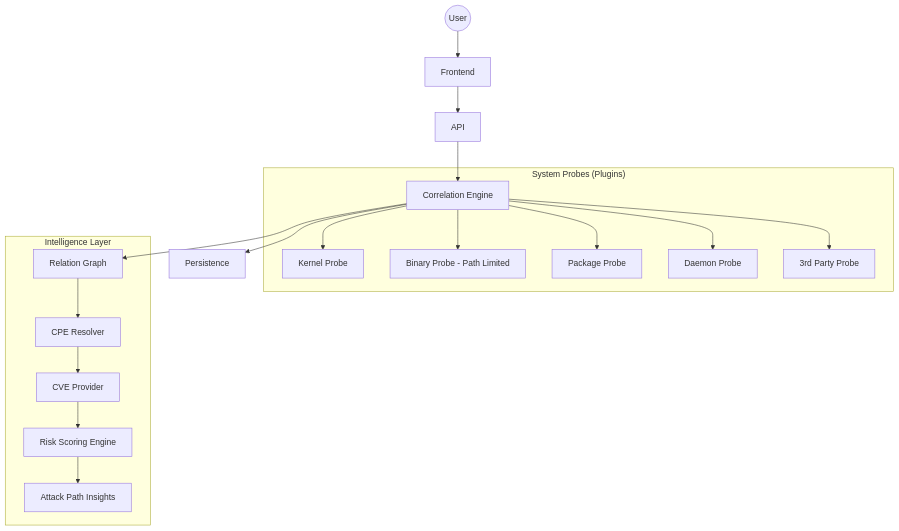
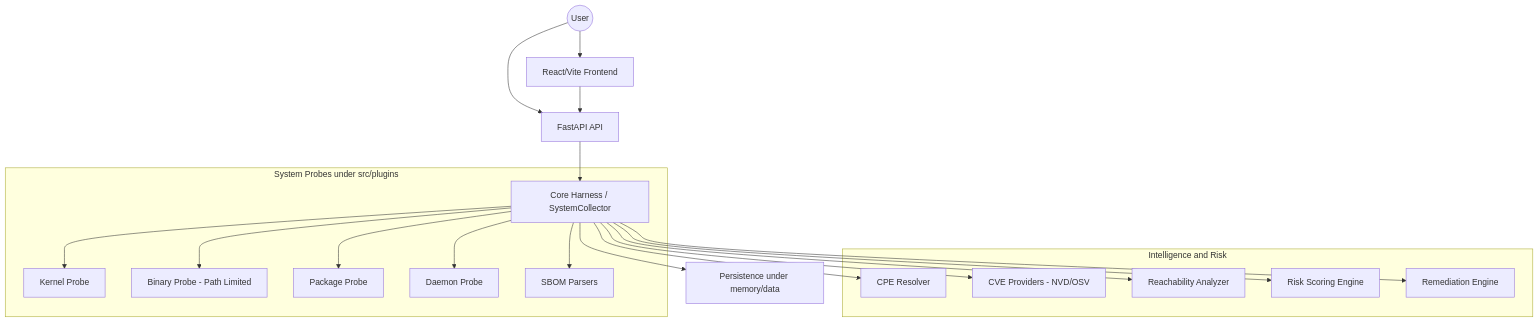
Before and after one commit to won6c/sbomManager: the diagram in AGENTS.md, drawn with Mermaid. The commit also changed other lines of this file and 2 other files, not shown here.

````diff
--- a/AGENTS.md
+++ b/AGENTS.md
@@ -7,24 +7,25 @@
 ```mermaid
 graph TD
-    User((User)) --> Web[Frontend]
-    Web --> API[API]
-    API --> Core[Correlation Engine]
-    
-    subgraph "System Probes (Plugins)"
+    User((User)) --> Web[React/Vite Frontend]
+    User --> API[FastAPI API]
+    Web --> API
+    API --> Core[Core Harness / SystemCollector]
+
+    subgraph "System Probes under src/plugins"
         Core --> Kernel[Kernel Probe]
         Core --> Binaries[Binary Probe - Path Limited]
         Core --> Packages[Package Probe]
         Core --> Daemons[Daemon Probe]
-        Core --> ThirdParty[3rd Party Probe]
+        Core --> SBOM[SBOM Parsers]
     end
 
-    subgraph "Intelligence Layer"
-        Core --> Graph[Relation Graph]
-        Graph --> CPE[CPE Resolver]
-        CPE --> CVE[CVE Provider]
-        CVE --> Risk[Risk Scoring Engine]
-        Risk --> Insights[Attack Path Insights]
+    subgraph "Intelligence and Risk"
+        Core --> CPE[CPE Resolver]
+        Core --> CVE[CVE Providers - NVD/OSV]
+        Core --> Reachability[Reachability Analyzer]
+        Core --> Risk[Risk Scoring Engine]
+        Core --> Remediation[Remediation Engine]
     end
 
-    Core --> Data[Persistence]
+    Core --> Data[Persistence under memory/data]
 ```
````
